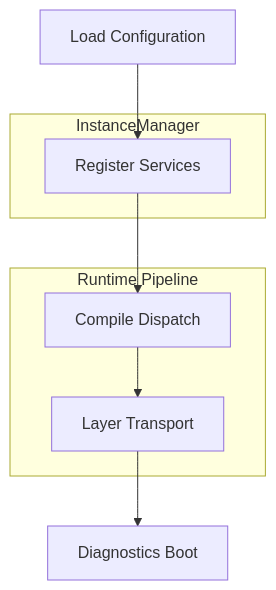
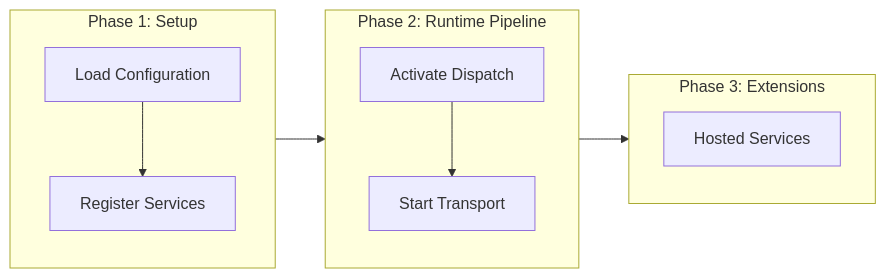
One commit to ppn-systems/Nalix changed the diagram in docs/guides/getting-started/server-blueprint.md. Above: the diagram before and after it, drawn with Mermaid. The commit also changed 252 other files, not shown here.

````diff
--- a/docs/guides/getting-started/server-blueprint.md
+++ b/docs/guides/getting-started/server-blueprint.md
@@ -16,16 +16,24 @@
 ```mermaid
-flowchart TD
-    A["Load Configuration"] --> B["Register Services"]
-    B --> C["Compile Dispatch"]
-    C --> D["Layer Transport"]
-    D --> E["Diagnostics Boot"]
-    
-    subgraph Registry ["InstanceManager"]
-        B
+flowchart LR
+    subgraph Setup ["Phase 1: Setup"]
+        direction TB
+        Config["Load Configuration"]
+        Reg["Register Services"]
     end
-    
-    subgraph Pipeline ["Runtime Pipeline"]
-        C
-        D
+
+    subgraph Pipeline ["Phase 2: Runtime Pipeline"]
+        direction TB
+        Disp["Activate Dispatch"]
+        Trans["Start Transport"]
     end
+
+    subgraph Ext ["Phase 3: Extensions"]
+        direction TB
+        Boot["Hosted Services"]
+    end
+
+    Config --> Reg
+    Reg --> Disp
+    Disp --> Trans
+    Trans --> Boot
 ```
````
